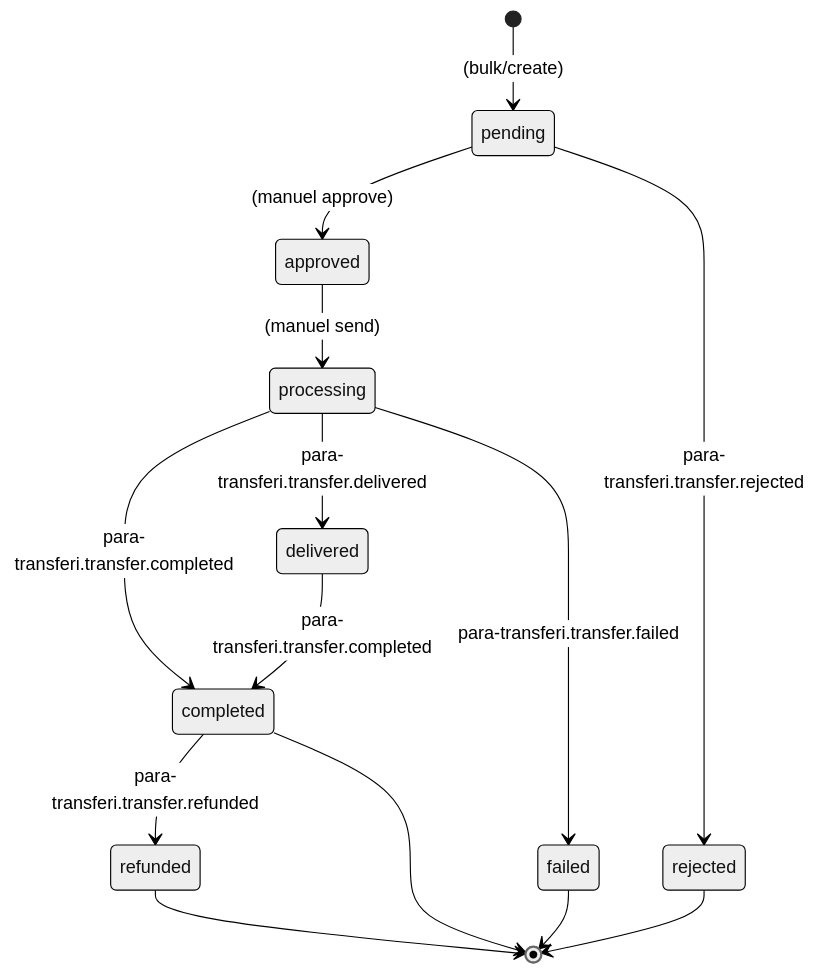
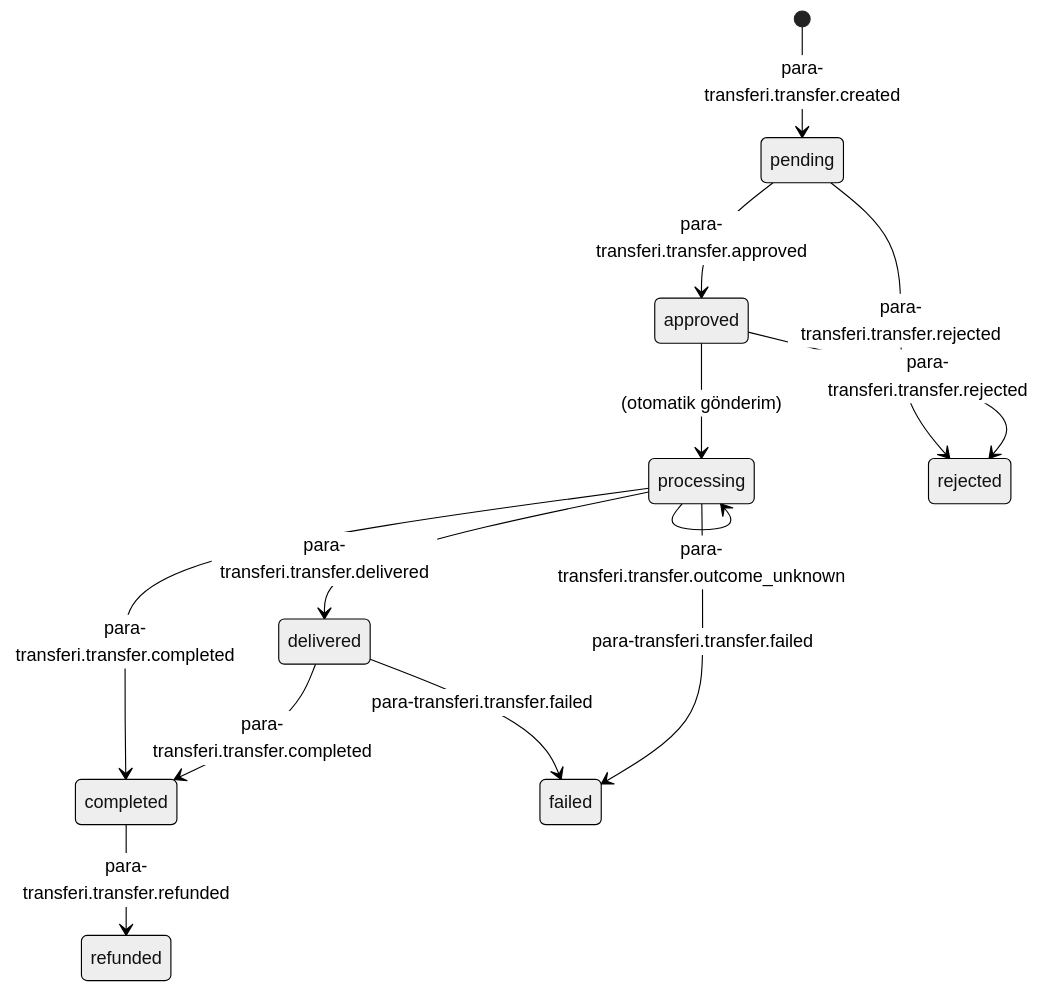
Before and after one commit to payment-pos/mintlify: the diagram in para-transferi/webhooks/events.mdx, drawn with Mermaid (neutral theme). The commit also changed other lines of this file and 13 other files, not shown here.

First line of the commit message:
docs(para-transferi): entegrasyon rehberi, statu akisi, yeni filtreler, ara durum olaylari, 409 kodlari

````diff
--- a/para-transferi/webhooks/events.mdx
+++ b/para-transferi/webhooks/events.mdx
@@ -143,16 +219,15 @@
 ```mermaid
 stateDiagram-v2
-    [*] --> pending: (bulk/create)
-    pending --> approved: (manuel approve)
-    approved --> processing: (manuel send)
+    [*] --> pending: para-transferi.transfer.created
+    pending --> approved: para-transferi.transfer.approved
+    approved --> processing: (otomatik gönderim)
+    processing --> processing: para-transferi.transfer.outcome_unknown
     processing --> completed: para-transferi.transfer.completed
     processing --> delivered: para-transferi.transfer.delivered
     delivered --> completed: para-transferi.transfer.completed
+    delivered --> failed: para-transferi.transfer.failed
     processing --> failed: para-transferi.transfer.failed
     pending --> rejected: para-transferi.transfer.rejected
+    approved --> rejected: para-transferi.transfer.rejected
     completed --> refunded: para-transferi.transfer.refunded
-    completed --> [*]
-    failed --> [*]
-    rejected --> [*]
-    refunded --> [*]
 ```
````
